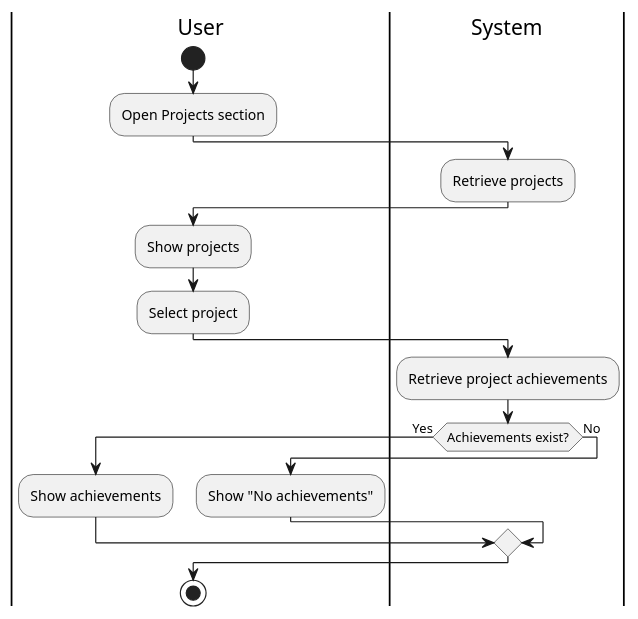
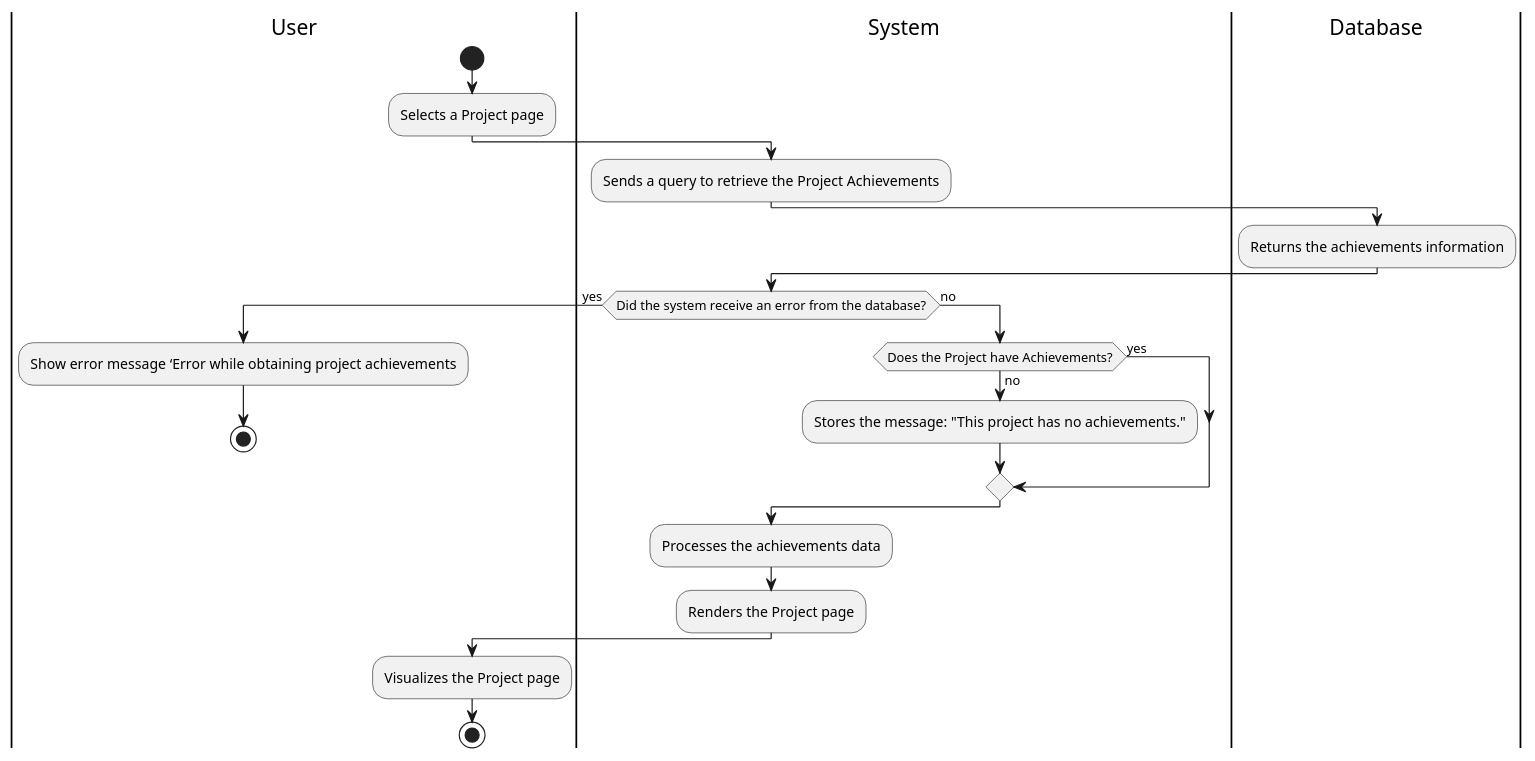
Before and after one commit to Berthou05/LimboSoftwareDevelopment_Change.org: the diagram in documentation/activity_diagrams/PROJ-12-ActivityDiagram.puml, drawn with PlantUML. The commit also changed 10 other files, not shown here.

```diff
--- a/documentation/activity_diagrams/PROJ-12-ActivityDiagram.puml
+++ b/documentation/activity_diagrams/PROJ-12-ActivityDiagram.puml
@@ -1,27 +1,31 @@
 @startuml
 skinparam activityFlowDirection Down
 
 |User|
 start
-:Open Projects section;
+:Selects a Project page;
 
 |System|
-:Retrieve projects;
+:Sends a query to retrieve the Project Achievements;
+|Database|
+:Returns the achievements information;
+|System|
+if(Did the system receive an error from the database?)is(yes)then
+  |User|
+  :Show error message ‘Error while obtaining project achievements;
+  stop
+|System|
+else(no)
+  if(Does the Project have Achievements?)is(yes)then
 
+  else(no)
+  :Stores the message: "This project has no achievements.";
+  endif
+endif
+:Processes the achievements data;
+:Renders the Project page;
 |User|
-:Show projects;
-:Select project;
-
-|System|
-:Retrieve project achievements;
-
-if (Achievements exist?) then (Yes)
-  |User|
-  :Show achievements;
-else (No)
-  |User|
-  :Show "No achievements";
-endif
+:Visualizes the Project page;
 
 stop
 @enduml
```
